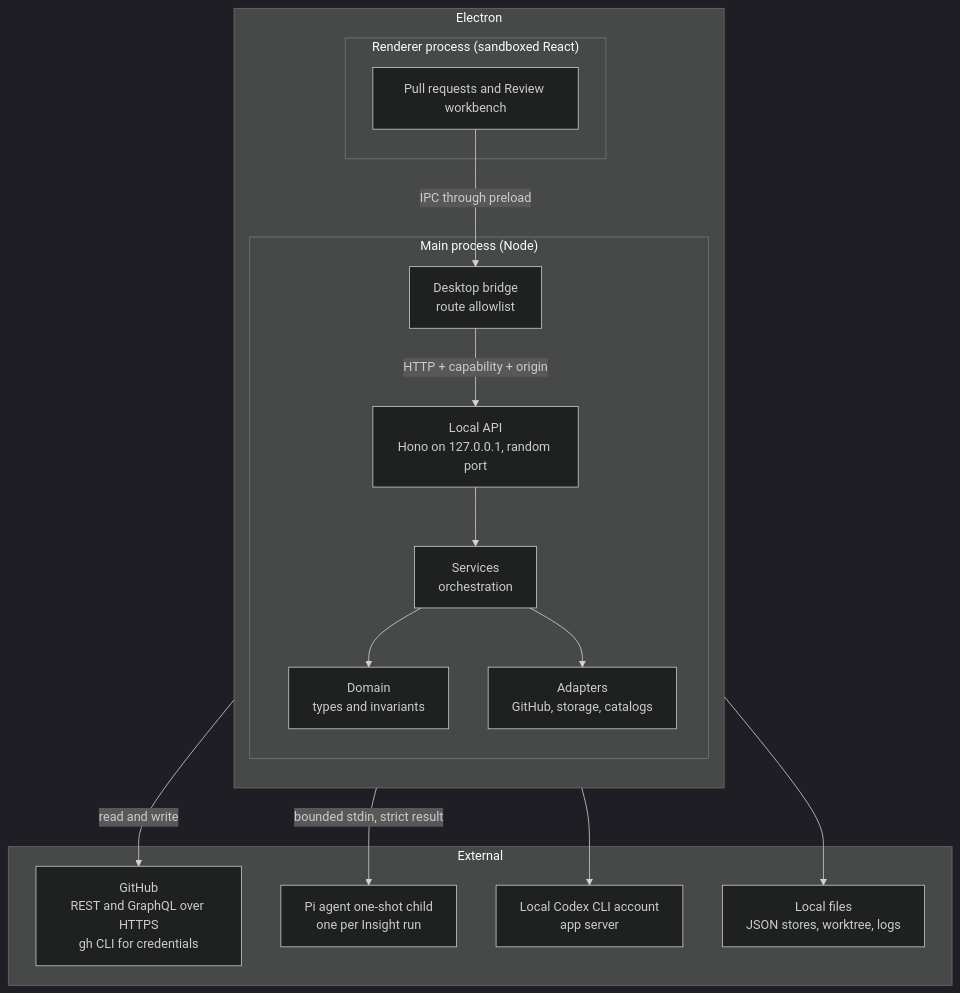
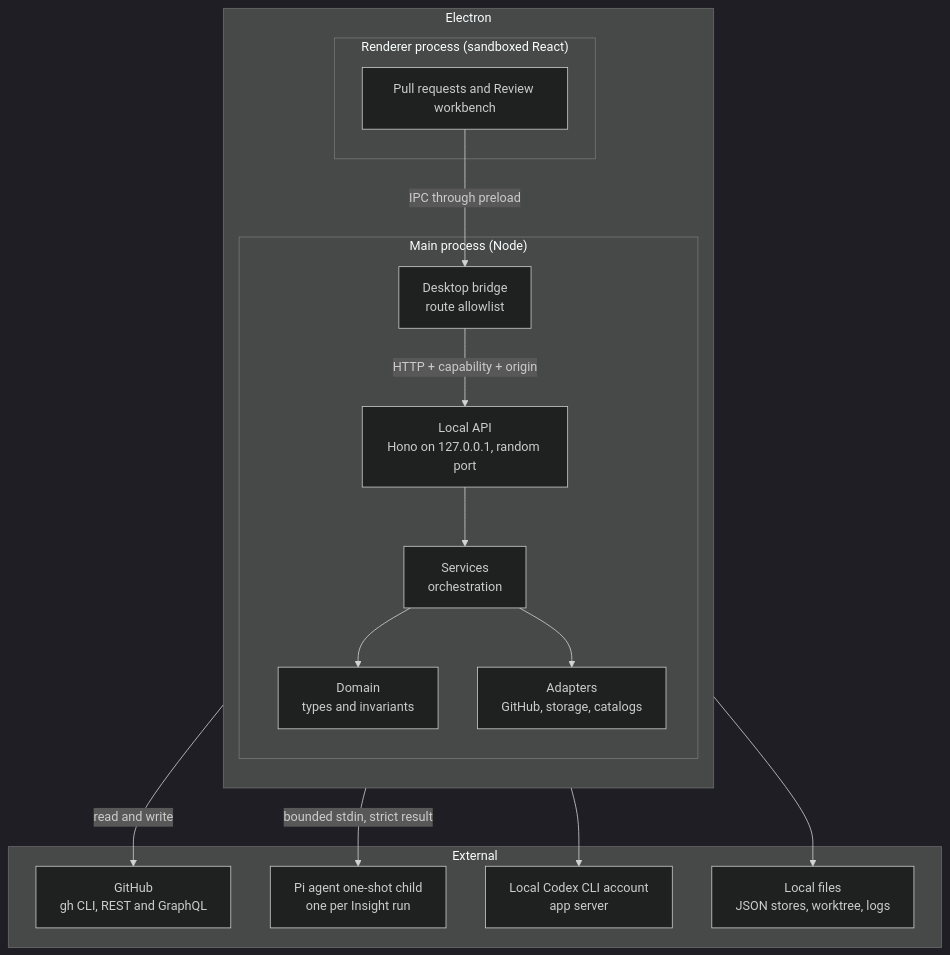
One commit to kwanpham2195/patchdesk changed the diagram in docs/architecture.md. Above: the diagram before and after it, drawn with Mermaid (dark theme). The commit also changed other lines of this file and 1 other file, not shown here.

First line of the commit message:
docs: keep architecture.md on the built transport and point at ADR 0046

````diff
--- a/docs/architecture.md
+++ b/docs/architecture.md
@@ -19,31 +19,31 @@
 ```mermaid
 flowchart TB
     subgraph Electron
         direction TB
         subgraph Renderer["Renderer process (sandboxed React)"]
             UI["Pull requests and Review workbench"]
         end
         subgraph Main["Main process (Node)"]
             Bridge["Desktop bridge<br/>route allowlist"]
             API["Local API<br/>Hono on 127.0.0.1, random port"]
             Services["Services<br/>orchestration"]
             Domain["Domain<br/>types and invariants"]
             Adapters["Adapters<br/>GitHub, storage, catalogs"]
         end
     end
     subgraph External["External"]
-        GitHub["GitHub<br/>REST and GraphQL over HTTPS<br/>gh CLI for credentials"]
+        GitHub["GitHub<br/>gh CLI, REST and GraphQL"]
         Insight["Pi agent one-shot child<br/>one per Insight run"]
         Codex["Local Codex CLI account<br/>app server"]
         Files["Local files<br/>JSON stores, worktree, logs"]
     end
     UI -- "IPC through preload" --> Bridge
     Bridge -- "HTTP + capability + origin" --> API
     API --> Services
     Services --> Domain
     Services --> Adapters
     Adapters -- "read and write" --> GitHub
     Adapters --> Files
     Services -- "bounded stdin, strict result" --> Insight
     Services --> Codex
 ```
````
